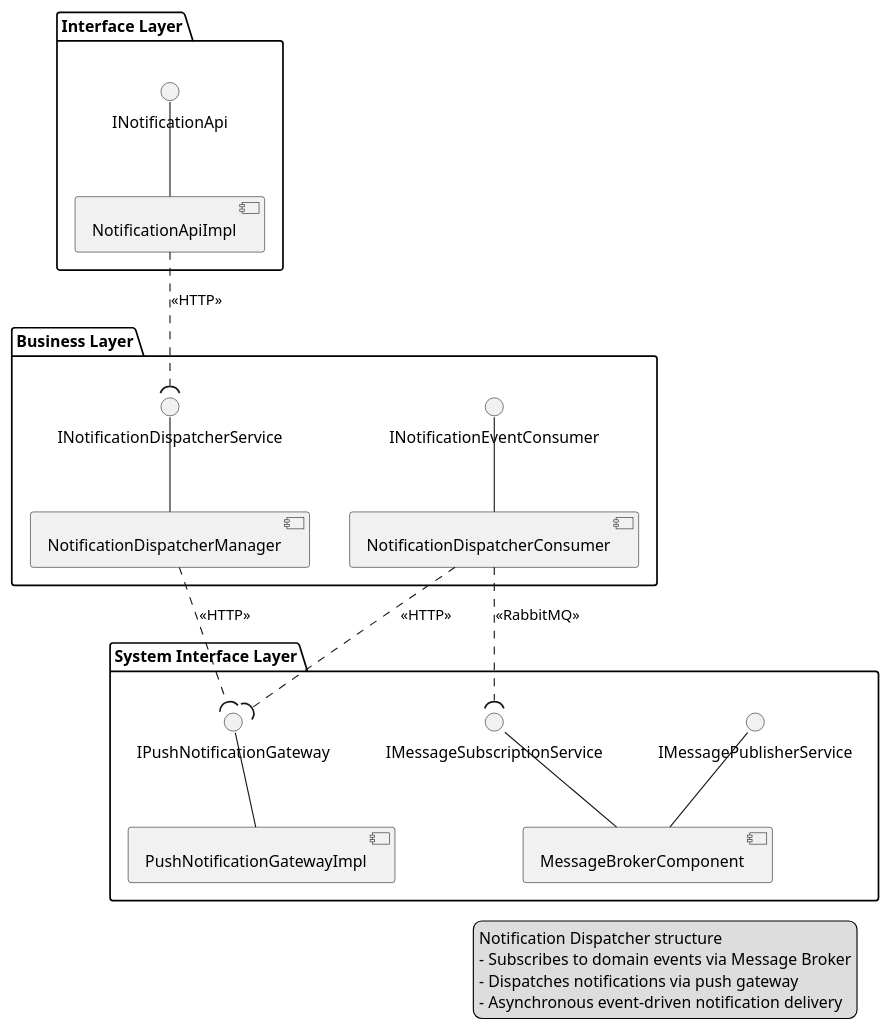
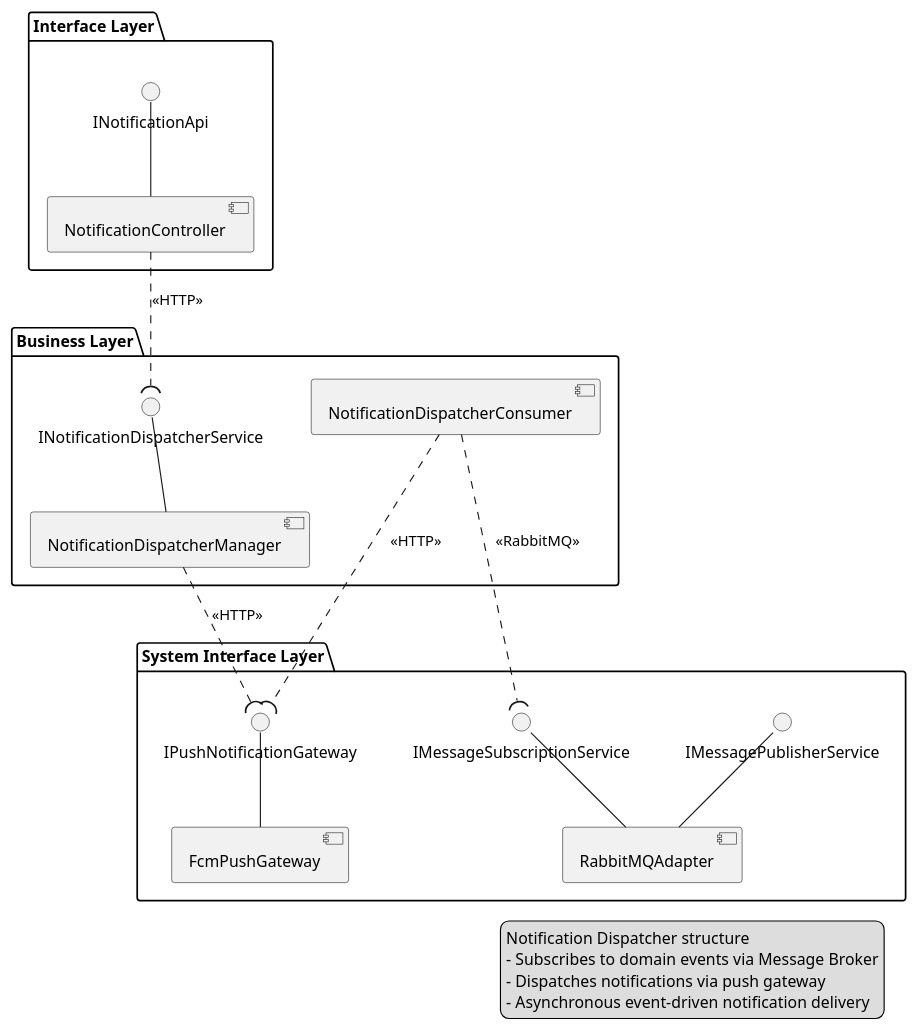
Before and after one commit to yoon2eyo/GITHUB: the diagram in ComponentDiagram/06_NotificationDispatcherComponent.puml, drawn with PlantUML. The commit also changed 249 other files, not shown here.

```diff
--- a/ComponentDiagram/06_NotificationDispatcherComponent.puml
+++ b/ComponentDiagram/06_NotificationDispatcherComponent.puml
@@ -1,52 +1,50 @@
 @startuml NotificationDispatcherComponent
 ' NotificationDispatcher_component.puml (가이드 준수)
 
 package "Interface Layer" {
   interface INotificationApi
-  component NotificationApiImpl
-  INotificationApi -- NotificationApiImpl
+  component NotificationController
+  INotificationApi -- NotificationController
 }
 
 package "Business Layer" {
   interface INotificationDispatcherService
-  interface INotificationEventConsumer
   
   component NotificationDispatcherManager
   component NotificationDispatcherConsumer
   
   ' Service implementations
   INotificationDispatcherService -- NotificationDispatcherManager
-  INotificationEventConsumer -- NotificationDispatcherConsumer
 }
 
 package "System Interface Layer" {
   interface IPushNotificationGateway
   interface IMessageSubscriptionService
   interface IMessagePublisherService
   
-  component PushNotificationGatewayImpl
-  component MessageBrokerComponent
+  component FcmPushGateway
+  component RabbitMQAdapter
   
   ' System interface implementations
-  IPushNotificationGateway -- PushNotificationGatewayImpl
-  IMessageSubscriptionService -- MessageBrokerComponent
-  IMessagePublisherService -- MessageBrokerComponent
+  IPushNotificationGateway -- FcmPushGateway
+  IMessageSubscriptionService -- RabbitMQAdapter
+  IMessagePublisherService -- RabbitMQAdapter
 }
 
 ' 패키지 외부 연결
 ' Interface Layer -> Business Layer
-NotificationApiImpl ..( INotificationDispatcherService : <<HTTP>>
+NotificationController ..( INotificationDispatcherService : <<HTTP>>
 
 ' Business Layer -> System Interface Layer
 NotificationDispatcherManager ..( IPushNotificationGateway : <<HTTP>>
 NotificationDispatcherConsumer ..( IPushNotificationGateway : <<HTTP>>
 NotificationDispatcherConsumer ..( IMessageSubscriptionService : <<RabbitMQ>>
 
 legend right
   Notification Dispatcher structure
   - Subscribes to domain events via Message Broker
   - Dispatches notifications via push gateway
   - Asynchronous event-driven notification delivery
 end legend
 
 @enduml
```
